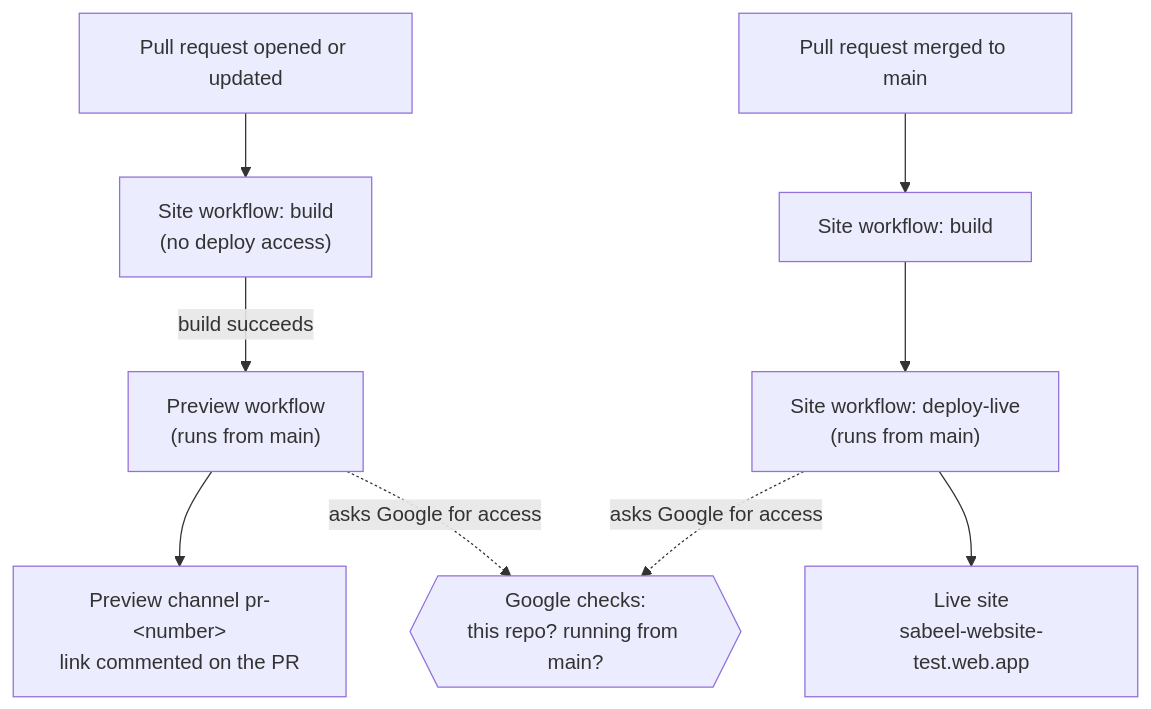
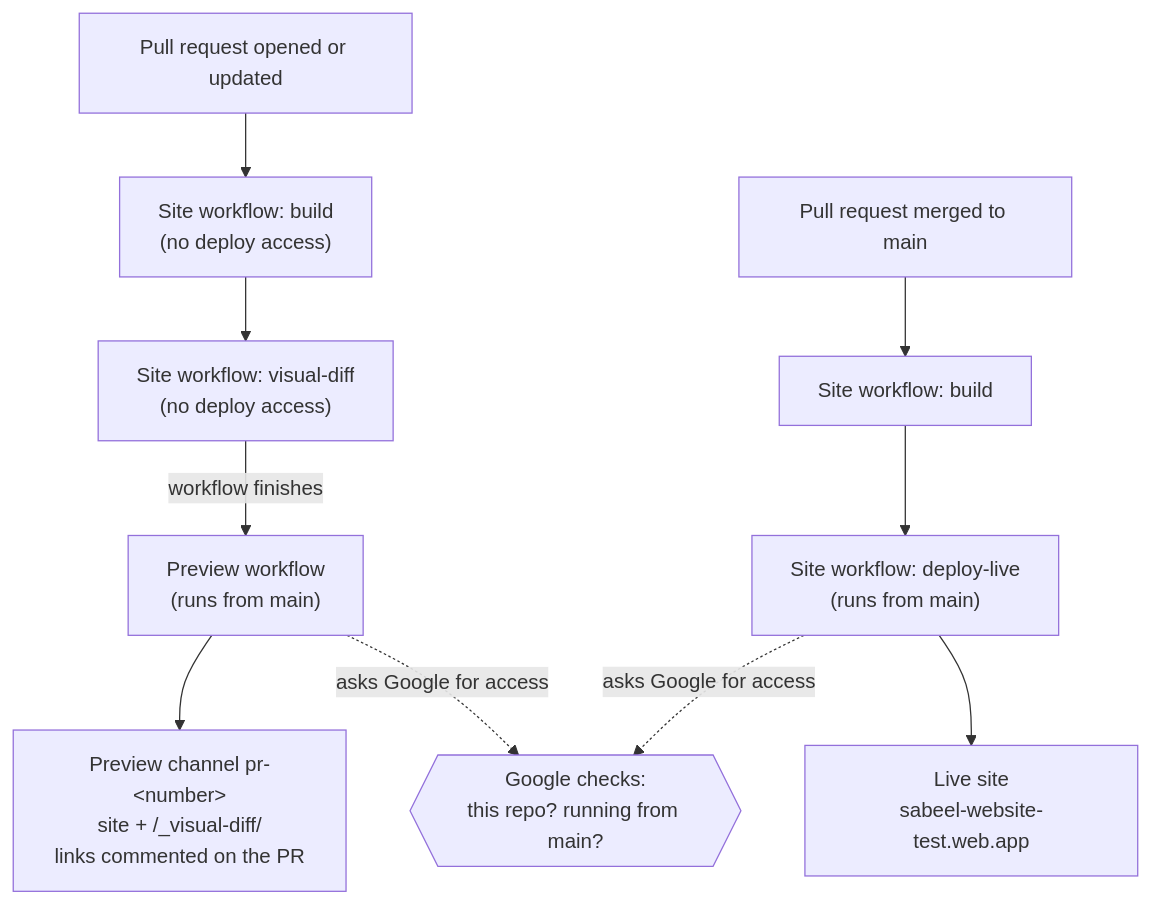
The first of 2 diagrams in docs/deployment.md (Sabeel-Institute/sabeel-website-test), drawn with Mermaid before and after one commit. The commit also changed other lines of this file and 10 other files, not shown here.

````diff
--- a/docs/deployment.md
+++ b/docs/deployment.md
@@ -13,11 +13,12 @@
 ```mermaid
 flowchart TB
   PR["Pull request opened or updated"] --> SB["Site workflow: build<br/>(no deploy access)"]
-  SB -- "build succeeds" --> PV["Preview workflow<br/>(runs from main)"]
-  PV --> CH["Preview channel pr-&lt;number&gt;<br/>link commented on the PR"]
+  SB --> SV["Site workflow: visual-diff<br/>(no deploy access)"]
+  SV -- "workflow finishes" --> PV["Preview workflow<br/>(runs from main)"]
+  PV --> CH["Preview channel pr-&lt;number&gt;<br/>site + /_visual-diff/<br/>links commented on the PR"]
   M["Pull request merged to main"] --> SM["Site workflow: build"]
   SM --> DL["Site workflow: deploy-live<br/>(runs from main)"]
   DL --> LIVE["Live site<br/>sabeel-website-test.web.app"]
   PV -. "asks Google for access" .-> G{{"Google checks:<br/>this repo? running from main?"}}
   DL -. "asks Google for access" .-> G
 ```
````
